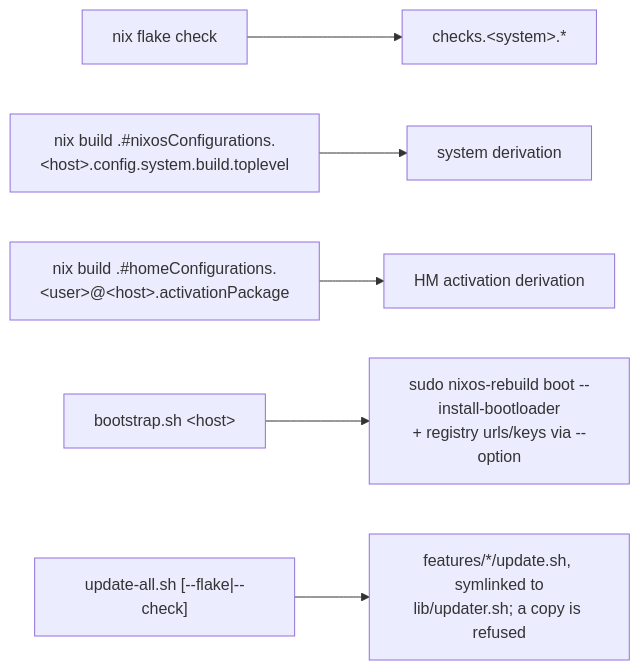
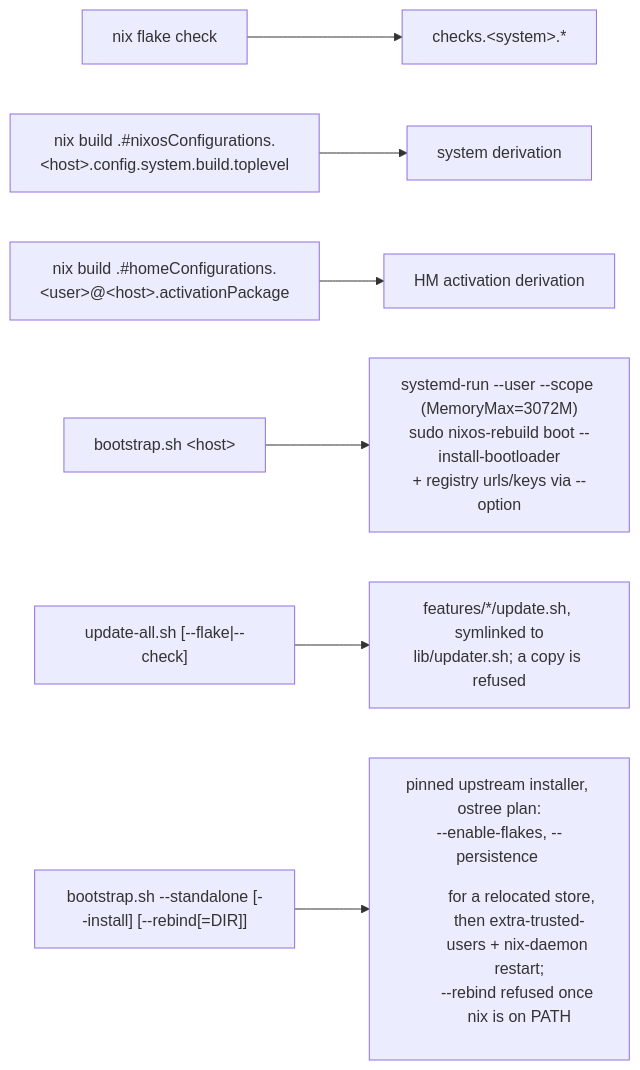
One commit to WombatFromHell/automatic-palm-tree changed the seventh of 8 diagrams in DESIGN.md. Above: the diagram before and after it, drawn with Mermaid. The commit also changed other lines of this file and 28 other files, not shown here.

Commit message:
Removed 'nixos-lix', update-all run, refactor 'bootstrap.sh' and update docs

````diff
--- a/DESIGN.md
+++ b/DESIGN.md
@@ -178,8 +353,9 @@
 ```mermaid
 flowchart LR
   E["nix flake check"] --> CK["checks.&lt;system&gt;.*"]
   E2["nix build .#nixosConfigurations.&lt;host&gt;.config.system.build.toplevel"] --> NC["system derivation"]
   E3["nix build .#homeConfigurations.&lt;user&gt;@&lt;host&gt;.activationPackage"] --> HC["HM activation derivation"]
-  E4["bootstrap.sh &lt;host&gt;"] --> RB["sudo nixos-rebuild boot --install-bootloader<br/>+ registry urls/keys via --option"]
+  E4["bootstrap.sh &lt;host&gt;"] --> RB["systemd-run --user --scope (MemoryMax=3072M)<br/>sudo nixos-rebuild boot --install-bootloader<br/>+ registry urls/keys via --option"]
   E5["update-all.sh [--flake|--check]"] --> UP["features/*/update.sh, symlinked to<br/>lib/updater.sh; a copy is refused"]
+  E6["bootstrap.sh --standalone [--install] [--rebind[=DIR]]"] --> IN["pinned upstream installer, ostree plan:<br/>--enable-flakes, --persistence <dir> for a relocated store,<br/>then extra-trusted-users + nix-daemon restart;<br/>--rebind refused once nix is on PATH"]
 ```
````
